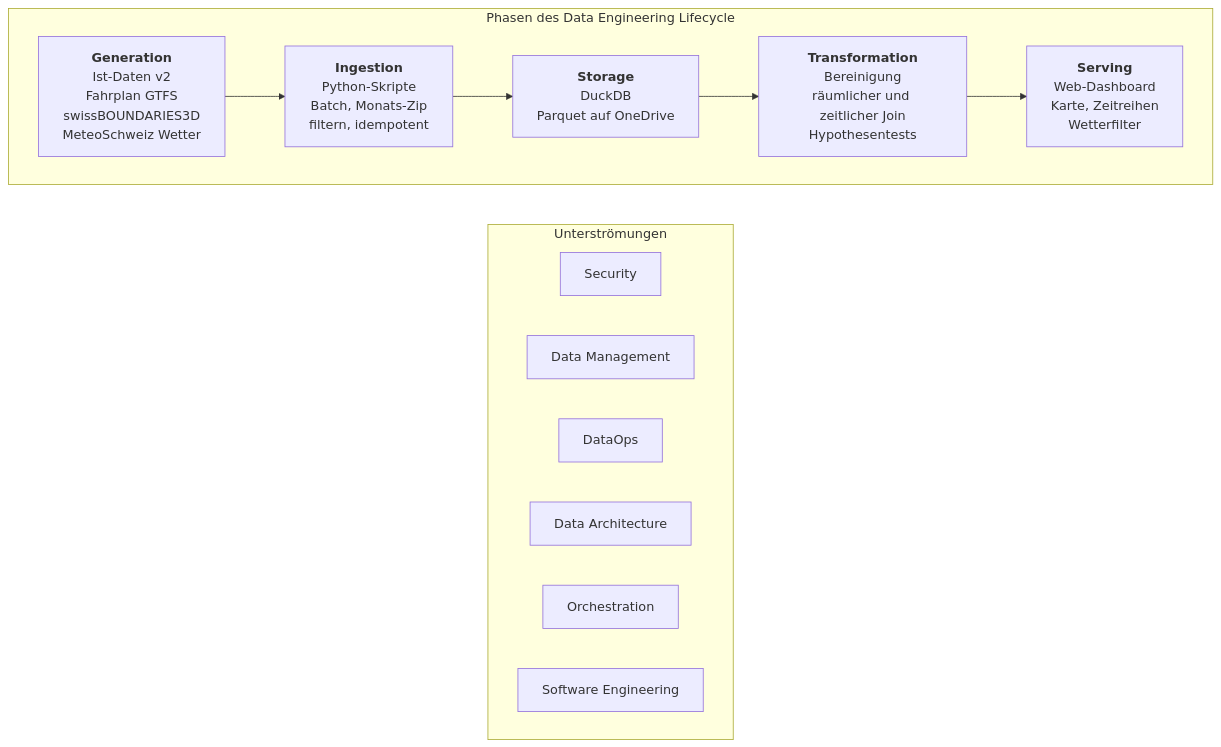
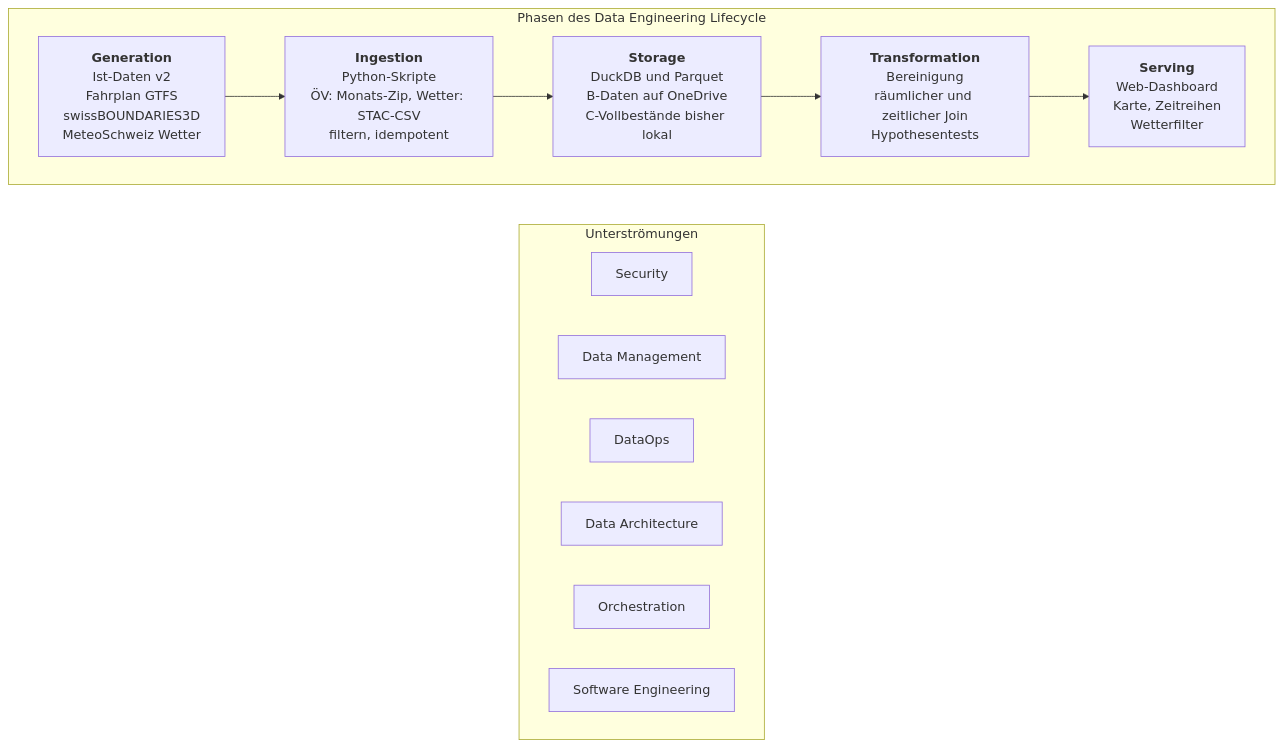
Before and after one commit to zeitmann/oev-wetter: the diagram in docs/lifecycle.md, drawn with Mermaid. The commit also changed other lines of this file and 49 other files, not shown here.

````diff
--- a/docs/lifecycle.md
+++ b/docs/lifecycle.md
@@ -9,24 +9,24 @@
 ```mermaid
 flowchart TB
     subgraph P["Phasen des Data Engineering Lifecycle"]
         direction LR
         G["<b>Generation</b><br/>Ist-Daten v2<br/>Fahrplan GTFS<br/>swissBOUNDARIES3D<br/>MeteoSchweiz Wetter"]
-        I["<b>Ingestion</b><br/>Python-Skripte<br/>Batch, Monats-Zip<br/>filtern, idempotent"]
-        S["<b>Storage</b><br/>DuckDB<br/>Parquet auf OneDrive"]
+        I["<b>Ingestion</b><br/>Python-Skripte<br/>ÖV: Monats-Zip, Wetter: STAC-CSV<br/>filtern, idempotent"]
+        S["<b>Storage</b><br/>DuckDB und Parquet<br/>B-Daten auf OneDrive<br/>C-Vollbestände bisher lokal"]
         T["<b>Transformation</b><br/>Bereinigung<br/>räumlicher und zeitlicher Join<br/>Hypothesentests"]
         V["<b>Serving</b><br/>Web-Dashboard<br/>Karte, Zeitreihen<br/>Wetterfilter"]
         G --> I --> S --> T --> V
     end
 
     subgraph U["Unterströmungen"]
         direction LR
         U1["Security"]
         U2["Data Management"]
         U3["DataOps"]
         U4["Data Architecture"]
         U5["Orchestration"]
         U6["Software Engineering"]
     end
 
     P ~~~ U
 ```
````
